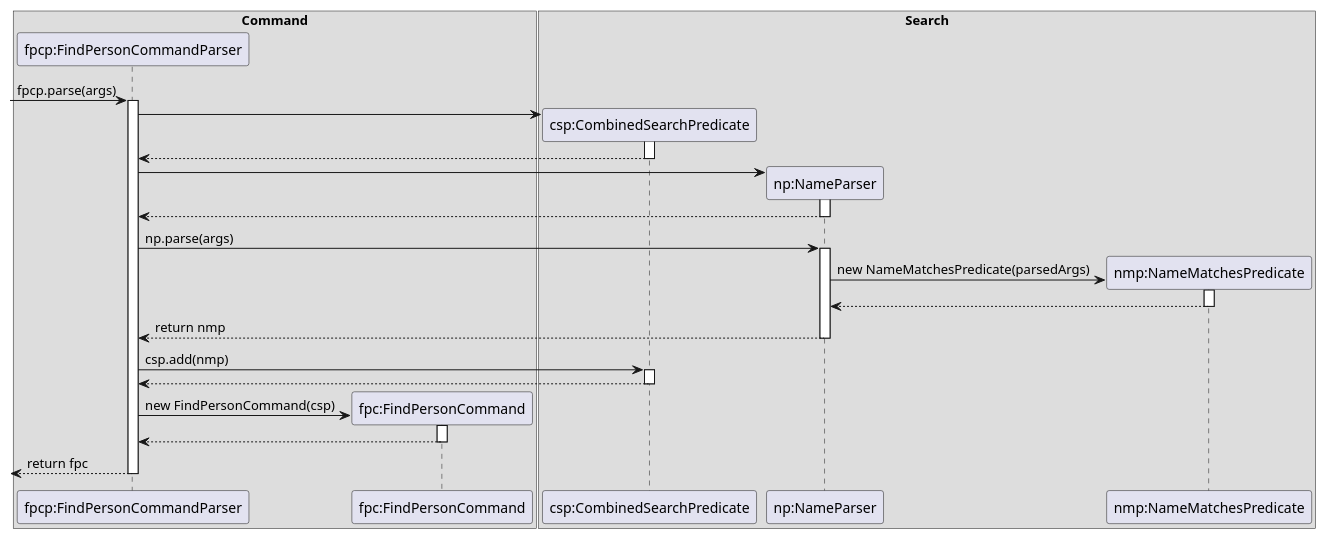
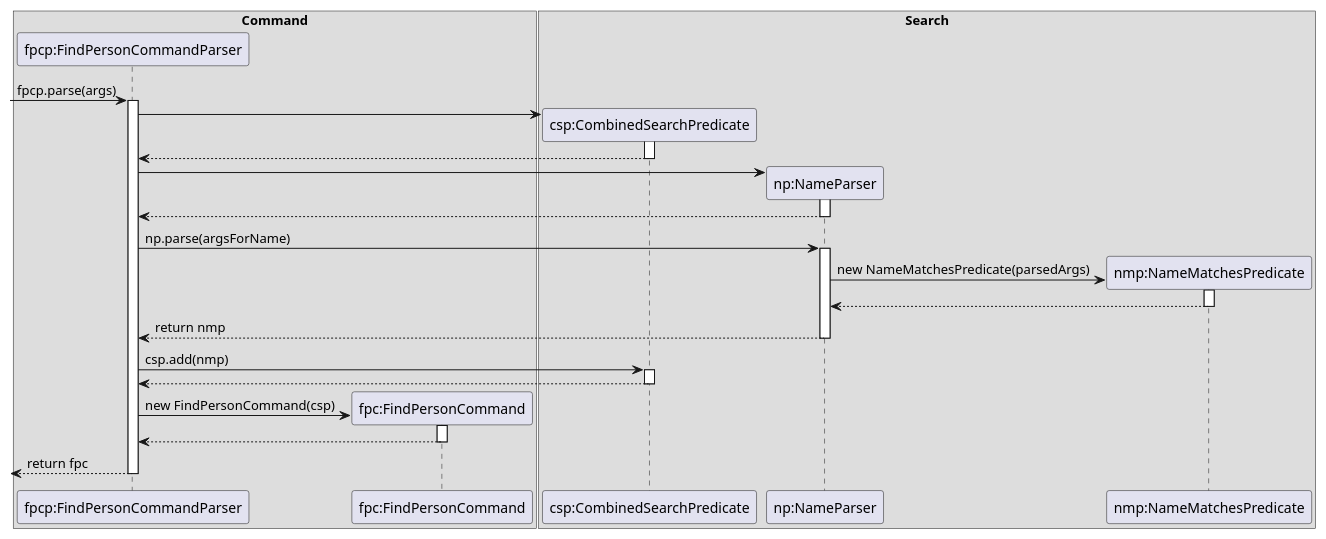
One commit to krxm107/tp changed the diagram in docs/diagrams/FindSequenceDiagram.puml. Above: the diagram before and after it, drawn with PlantUML. The commit also changed 1 other file, not shown here.

Commit message:
Fix puml diagram bugs

```diff
--- a/docs/diagrams/FindSequenceDiagram.puml
+++ b/docs/diagrams/FindSequenceDiagram.puml
@@ -1,56 +1,60 @@
+@startuml
+
 box Command
 participant "fpcp:FindPersonCommandParser" as FindPersonCommandParser
 participant "fpc:FindPersonCommand" as FindPersonCommand
 end box
 
 box Search
 participant "csp:CombinedSearchPredicate" as CombinedSearchPredicate
 participant "np:NameParser" as NameParser
 participant "nmp:NameMatchesPredicate" as NameMatchesPredicate
 end box
 
 [-> FindPersonCommandParser: fpcp.parse(args)
 activate FindPersonCommandParser
 
 create CombinedSearchPredicate
 FindPersonCommandParser -> CombinedSearchPredicate
 activate CombinedSearchPredicate
 
 CombinedSearchPredicate --> FindPersonCommandParser
 deactivate CombinedSearchPredicate
 
 create NameParser
 FindPersonCommandParser -> NameParser
 activate NameParser
 
 NameParser --> FindPersonCommandParser
 deactivate NameParser
 
-FindPersonCommandParser -> NameParser: np.parse(args)
+FindPersonCommandParser -> NameParser: np.parse(argsForName)
 activate NameParser
 
 create NameMatchesPredicate
 NameParser -> NameMatchesPredicate: new NameMatchesPredicate(parsedArgs)
 activate NameMatchesPredicate
 
 NameMatchesPredicate --> NameParser
 deactivate NameMatchesPredicate
 
 NameParser --> FindPersonCommandParser: return nmp
 deactivate NameParser
 
 FindPersonCommandParser -> CombinedSearchPredicate: csp.add(nmp)
 activate CombinedSearchPredicate
 
 CombinedSearchPredicate --> FindPersonCommandParser
 deactivate CombinedSearchPredicate
 
 create FindPersonCommand
 FindPersonCommandParser -> FindPersonCommand: new FindPersonCommand(csp)
 activate FindPersonCommand
 
 FindPersonCommand --> FindPersonCommandParser
 deactivate FindPersonCommand
 
 FindPersonCommandParser -->[: return fpc
 deactivate FindPersonCommandParser
+
+@enduml
```
